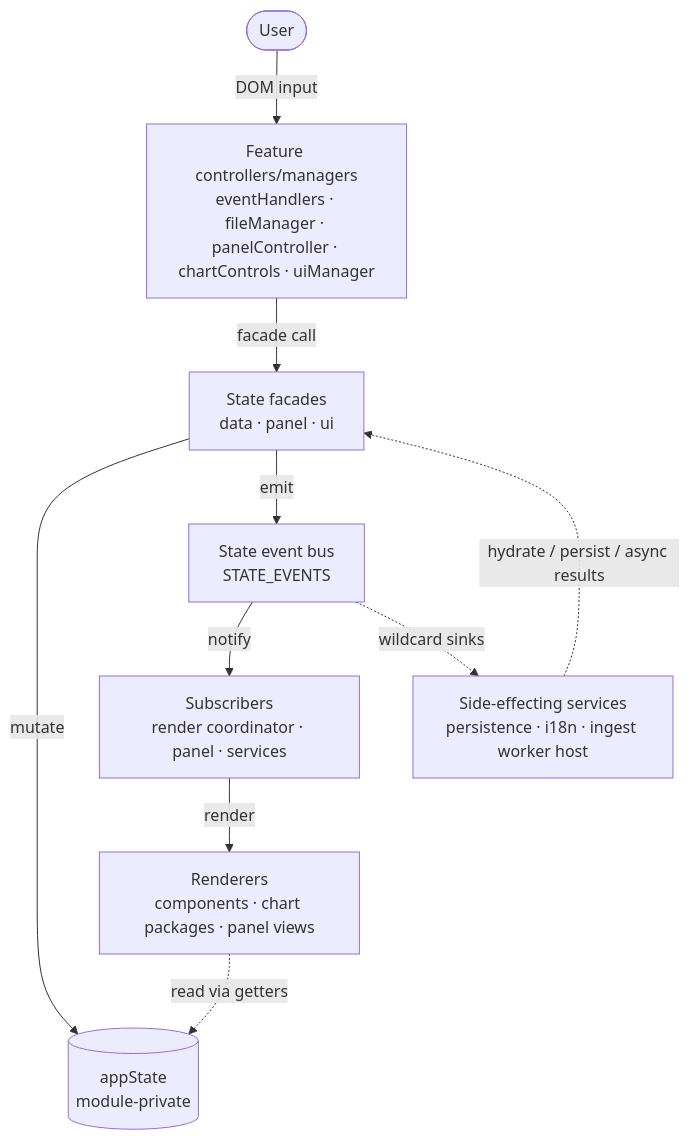
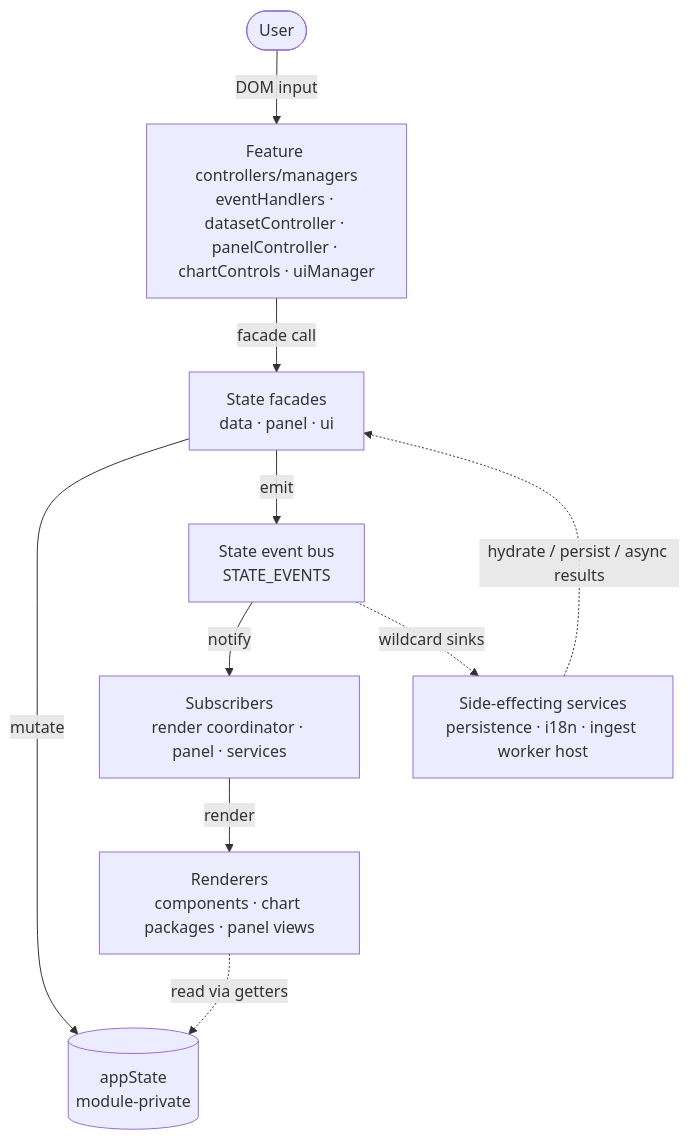
The diagram in docs/development/architecture.md (GabrielInada/CHIVE), drawn with Mermaid before and after one commit. The commit also changed other lines of this file and 19 other files, not shown here.

````diff
--- a/docs/development/architecture.md
+++ b/docs/development/architecture.md
@@ -49,21 +49,21 @@
 ```mermaid
 flowchart TB
     U(["User"])
-    CTRL["Feature controllers/managers<br/>eventHandlers · fileManager · panelController · chartControls · uiManager"]
+    CTRL["Feature controllers/managers<br/>eventHandlers · datasetController · panelController · chartControls · uiManager"]
     FAC["State facades<br/>data · panel · ui"]
     STATE[("appState<br/>module-private")]
     BUS["State event bus<br/>STATE_EVENTS"]
     SUB["Subscribers<br/>render coordinator · panel · services"]
     VIEW["Renderers<br/>components · chart packages · panel views"]
     SERVICES["Side-effecting services<br/>persistence · i18n · ingest worker host"]
 
     U -- DOM input --> CTRL
     CTRL -- facade call --> FAC
     FAC -- mutate --> STATE
     FAC -- emit --> BUS
     BUS -- notify --> SUB
     SUB -- render --> VIEW
     VIEW -. read via getters .-> STATE
     SERVICES -. hydrate / persist / async results .-> FAC
     BUS -. wildcard sinks .-> SERVICES
 ```
````
